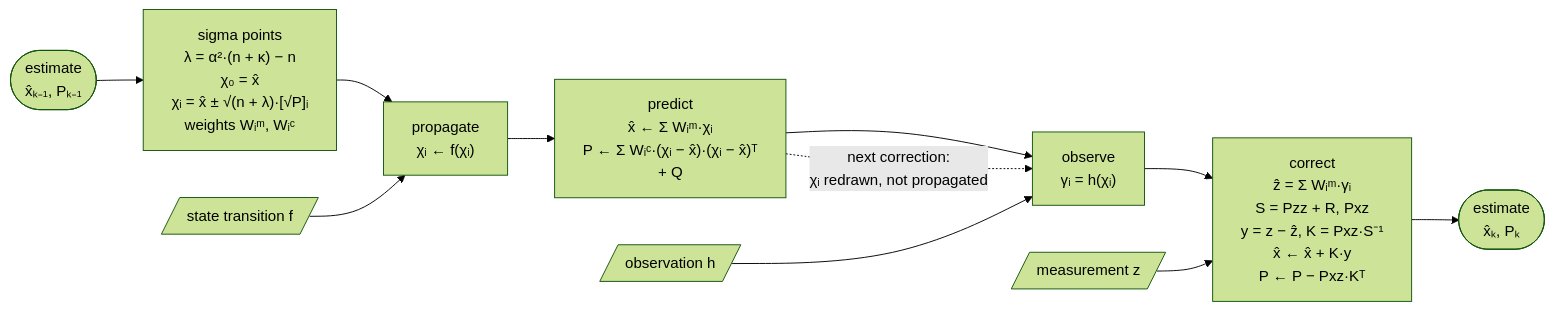
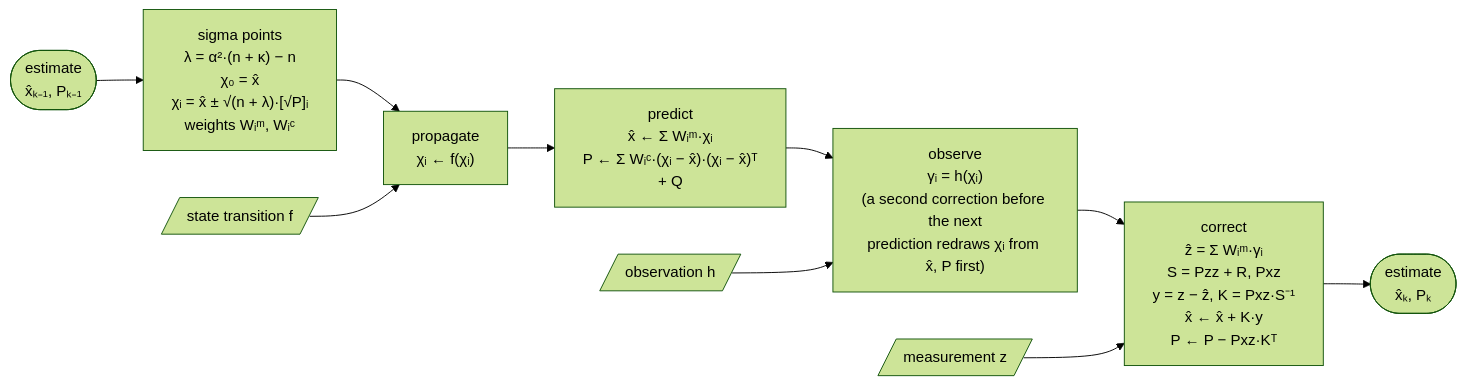
One commit to sunsided/minikalman-rs changed the diagram in crates/minikalman/docs/diagrams/unscented-loop.mmd. Above: the diagram before and after it, drawn with Mermaid (forest theme). The commit also changed 1 other file, not shown here.

Commit message:
Correct the sigma-point redraw and the S failure exit in the UKF diagrams
The first correction after a prediction reuses the propagated sigma
points; only a second correction redraws them, so the dotted edge from
predict was misleading. It is now a note on the observe step. S is
formed in the covariances step, so NotPositiveDefinite leaves from
there, as in the regular diagram.

```diff
--- a/crates/minikalman/docs/diagrams/unscented-loop.mmd
+++ b/crates/minikalman/docs/diagrams/unscented-loop.mmd
@@ -1,20 +1,19 @@
 flowchart LR
     %% One step of the unscented Kalman filter. Style: see docs/diagrams/README.md.
     %% Node IDs: sigma (sigma points and weights), propagate (callback f), predict (mean and
     %% covariance), observe (callback h), correct. χᵢ are sigma points, γᵢ observed sigma points.
     prior(["estimate<br/>x̂ₖ₋₁, Pₖ₋₁"])
     sigma["sigma points<br/>λ = α²·(n + κ) − n<br/>χ₀ = x̂<br/>χᵢ = x̂ ± √(n + λ)·[√P]ᵢ<br/>weights Wᵢᵐ, Wᵢᶜ"]
     propagate["propagate<br/>χᵢ ← f(χᵢ)"]
     predict["predict<br/>x̂ ← Σ Wᵢᵐ·χᵢ<br/>P ← Σ Wᵢᶜ·(χᵢ − x̂)·(χᵢ − x̂)ᵀ<br/>+ Q"]
-    observe["observe<br/>γᵢ = h(χᵢ)"]
+    observe["observe<br/>γᵢ = h(χᵢ)<br/>(a second correction before the next<br/>prediction redraws χᵢ from x̂, P first)"]
     correct["correct<br/>ẑ = Σ Wᵢᵐ·γᵢ<br/>S = Pzz + R, Pxz<br/>y = z − ẑ, K = Pxz·S⁻¹<br/>x̂ ← x̂ + K·y<br/>P ← P − Pxz·Kᵀ"]
     posterior(["estimate<br/>x̂ₖ, Pₖ"])
     f[/"state transition f"/]
     h[/"observation h"/]
     z[/"measurement z"/]
     prior --> sigma --> propagate --> predict --> observe --> correct --> posterior
     f --> propagate
     h --> observe
     z --> correct
-    predict -.->|"next correction:<br/>χᵢ redrawn, not propagated"| observe
     classDef focus fill:#fbbf24,stroke:#b45309,stroke-width:3px,color:#1c1917
```
